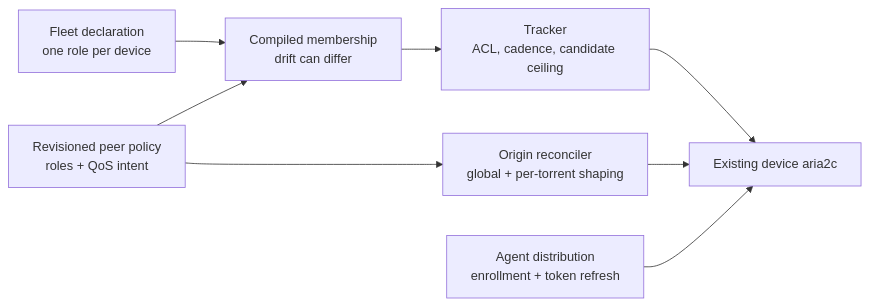
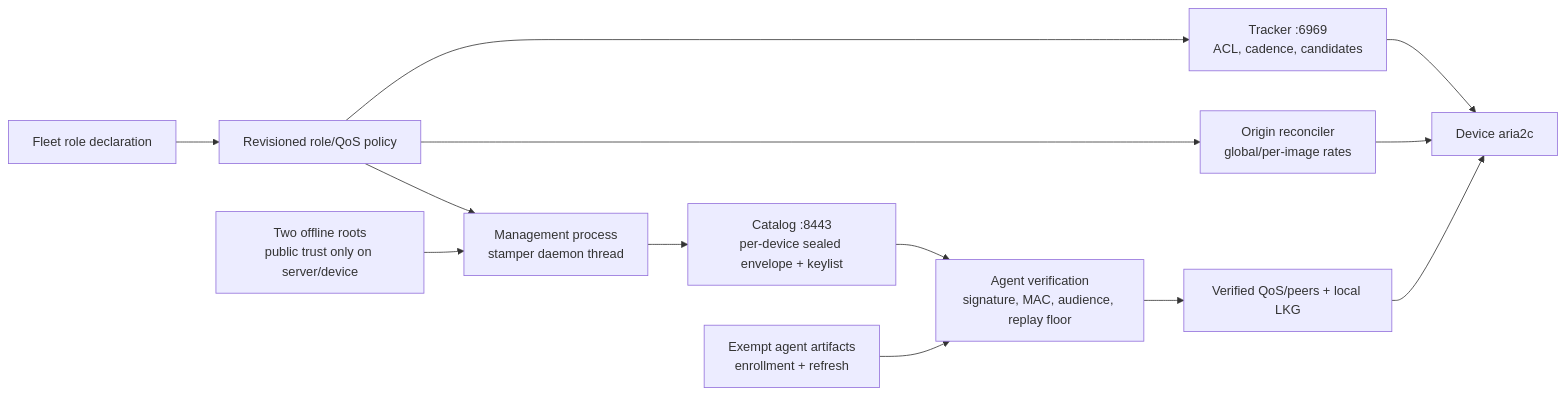
The third of 3 diagrams in docs/zensical/architecture.md (cisco-open/intelligent-release-image-staging), drawn with Mermaid before and after one commit. The commit also changed other lines of this file and 16 other files, not shown here.

````diff
--- a/docs/zensical/architecture.md
+++ b/docs/zensical/architecture.md
@@ -113,10 +111,15 @@
 ```mermaid
 flowchart LR
-    Fleet["Fleet declaration<br/>one role per device"] --> Compile["Compiled membership<br/>drift can differ"]
-    Policy["Revisioned peer policy<br/>roles + QoS intent"] --> Compile
-    Compile --> Tracker["Tracker<br/>ACL, cadence, candidate ceiling"]
-    Policy --> Origin["Origin reconciler<br/>global + per-torrent shaping"]
-    Tracker --> Device["Existing device aria2c"]
-    Origin --> Device
-    Recovery["Agent distribution<br/>enrollment + token refresh"] --> Device
+    Fleet["Fleet role declaration"] --> Policy["Revisioned role/QoS policy"]
+    Policy --> Tracker["Tracker :6969<br/>ACL, cadence, candidates"]
+    Policy --> Origin["Origin reconciler<br/>global/per-image rates"]
+    Policy --> Stamp["Management process<br/>stamper daemon thread"]
+    Roots["Two offline roots<br/>public trust only on server/device"] --> Stamp
+    Stamp --> Catalog["Catalog :8443<br/>per-device sealed envelope + keylist"]
+    Catalog --> Verify["Agent verification<br/>signature, MAC, audience, replay floor"]
+    Verify --> Local["Verified QoS/peers + local LKG"]
+    Tracker --> Aria["Device aria2c"]
+    Origin --> Aria
+    Local --> Aria
+    Recovery["Exempt agent artifacts<br/>enrollment + refresh"] --> Verify
 ```
````
